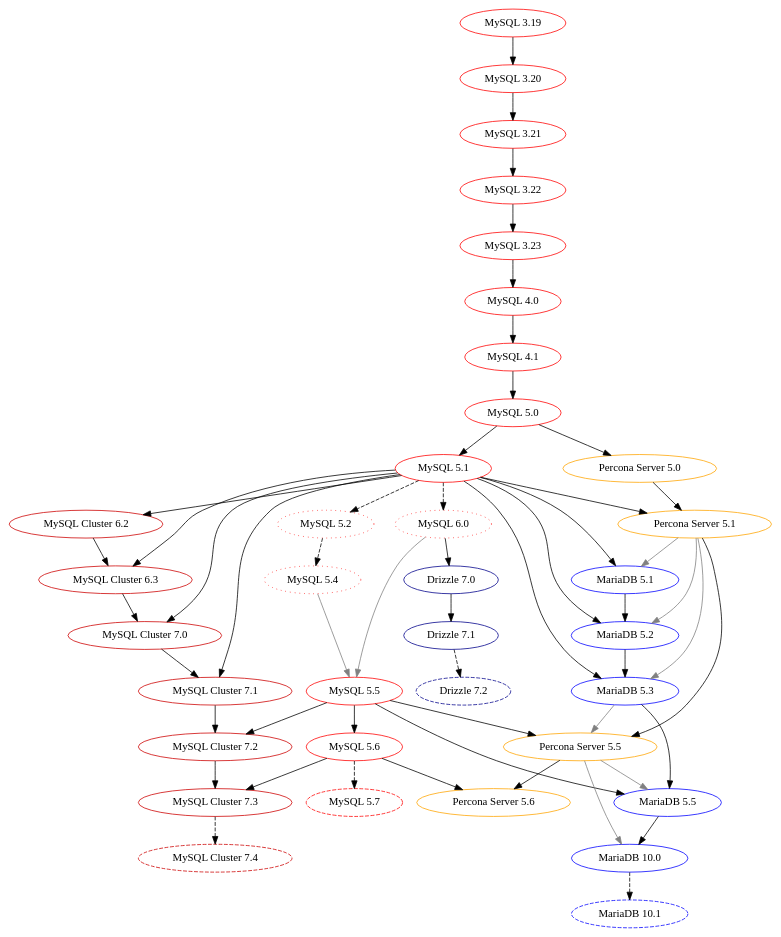
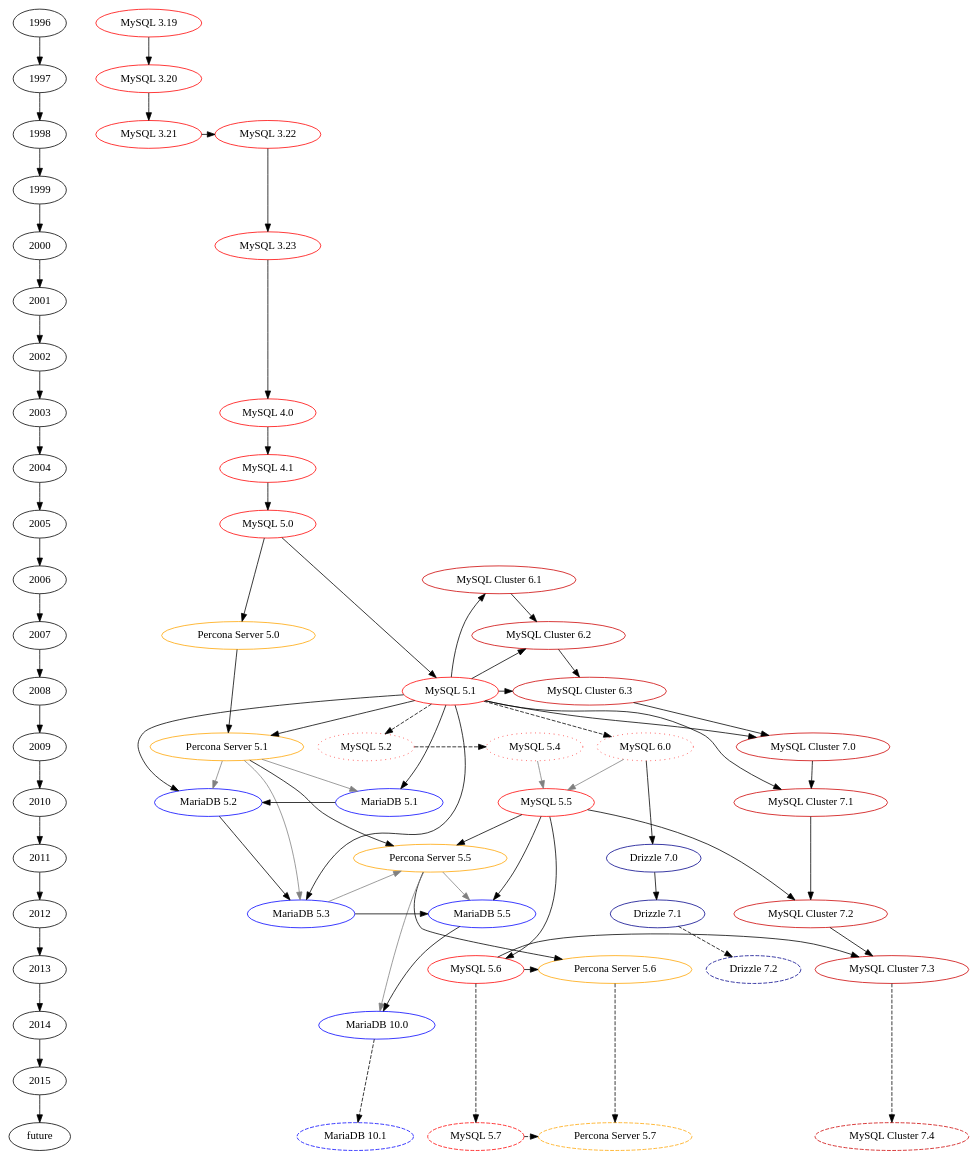
Before and after one commit to dveeden/mysql-history-graph: the diagram in mysql-history-graph.dot, drawn with Graphviz. The commit also changed 2 other files, not shown here.

Commit message:
Add timeline

```diff
--- a/mysql-history-graph.dot
+++ b/mysql-history-graph.dot
@@ -1,110 +1,168 @@
 digraph mysql_history_graph {
 	/* Standards:
 	   Non-GA: 		dashed
 	   Abandoned: 		dotted 
 	   Oracle MySQL: 	red
 	   MySQL Cluster: 	red3
 	   MariaDB: 		blue
 	   Drizzle: 		blue4
 	   Percona Server: 	orange
 	*/
+
+        "1996";
+        "1997";
+        "1998";
+        "1999";
+        "2000";
+        "2001";
+        "2002";
+        "2003";
+        "2004";
+        "2005";
+        "2006";
+        "2007";
+        "2008";
+        "2009";
+        "2010";
+        "2011";
+        "2012";
+        "2013";
+        "2014";
+        "2015";
+        "future";
+
+        "1996" -> "1997" -> "1998" -> "1999" -> "2000";
+        "2000" -> "2001" -> "2002" -> "2003" -> "2004" -> "2005";
+        "2005" -> "2006" -> "2007" -> "2008" -> "2009" -> "2010";
+        "2010" -> "2011" -> "2012" -> "2013" -> "2014" -> "2015";
+        "2015" -> "future";
+
+        /* The release date (GA date if possible) */
+        {rank=same; "1996" "MySQL 3.19" }
+        {rank=same; "1997" "MySQL 3.20" }
+        {rank=same; "1998" "MySQL 3.21" "MySQL 3.22" }
+        {rank=same; "1999" }
+        {rank=same; "2000" "MySQL 3.23" }
+        {rank=same; "2001" }
+        {rank=same; "2002" }
+        {rank=same; "2003" "MySQL 4.0" }
+        {rank=same; "2004" "MySQL 4.1" }
+        {rank=same; "2005" "MySQL 5.0" }
+        {rank=same; "2006" "MySQL Cluster 6.1" }
+        {rank=same; "2007" "MySQL Cluster 6.2" }
+        {rank=same; "2008" "MySQL 5.1" "MySQL Cluster 6.3" }
+        {rank=same; "2009" "MySQL 6.0" "MySQL 5.2" "MySQL 5.4" "Percona Server 5.1" "MySQL Cluster 7.0"}
+        {rank=same; "2010" "MySQL 5.5" "MySQL Cluster 7.1" "MariaDB 5.1" "MariaDB 5.2" }
+        {rank=same; "2011" "Percona Server 5.5" "Drizzle 7.0" }
+        {rank=same; "2012" "MySQL Cluster 7.2" "Drizzle 7.1" "MariaDB 5.3" "MariaDB 5.5" }
+        {rank=same; "2013" "MySQL 5.6" "Percona Server 5.6" "MySQL Cluster 7.3" "Drizzle 7.2" }
+        {rank=same; "2014" "MariaDB 10.0" }
+        {rank=same; "2015" }
+        {rank=same; "future" "MariaDB 10.1" "MySQL 5.7" "MySQL Cluster 7.4" "Percona Server 5.7" }
+        
 
 	/* MySQL/Sun/Oracle MySQL GA */
 	"MySQL 3.19" [color="red"];
 	"MySQL 3.20" [color="red"];
 	"MySQL 3.21" [color="red"];
 	"MySQL 3.22" [color="red"];
 	"MySQL 3.23" [color="red"];
 	"MySQL 4.0" [color="red"];
 	"MySQL 4.1" [color="red"];
 	"MySQL 5.0" [color="red"];
 	"MySQL 5.1" [color="red"];
 	"MySQL 5.5" [color="red"];
 	"MySQL 5.6" [color="red"];
 	"MySQL 3.19" -> "MySQL 3.20";
 	"MySQL 3.20" -> "MySQL 3.21";
 	"MySQL 3.21" -> "MySQL 3.22";
 	"MySQL 3.22" -> "MySQL 3.23";
 	"MySQL 3.23" -> "MySQL 4.0";
 	"MySQL 4.0" -> "MySQL 4.1";
 	"MySQL 4.1" -> "MySQL 5.0";
 	"MySQL 5.0" -> "MySQL 5.1";
 	"MySQL 5.5" -> "MySQL 5.6";
 	"MySQL 5.4" -> "MySQL 5.5" [color="grey"]; // InnoDB Scalability
 	"MySQL 6.0" -> "MySQL 5.5" [color="grey"]; // Optimizer improvements
 
 	/* MySQL/Sun/Oracle non-GA */	
 	"MySQL 5.2" [color="red",style="dotted"];
 	"MySQL 5.4" [color="red",style="dotted"];
 	"MySQL 5.7" [color="red",style="dashed"];
 	"MySQL 6.0" [color="red",style="dotted"];
 	"MySQL 5.1" -> "MySQL 5.2" [style="dashed"];
 	"MySQL 5.1" -> "MySQL 6.0" [style="dashed"];
 	"MySQL 5.2" -> "MySQL 5.4" [style="dashed"];
 	"MySQL 5.6" -> "MySQL 5.7" [style="dashed"];
 
 	/* MySQL Cluster (NDB) */
+	"MySQL Cluster 6.1" [color="red3"]
 	"MySQL Cluster 6.2" [color="red3"]
 	"MySQL Cluster 6.3" [color="red3"]
 	"MySQL Cluster 7.0" [color="red3"]
 	"MySQL Cluster 7.1" [color="red3"]
 	"MySQL Cluster 7.2" [color="red3"]
 	"MySQL Cluster 7.3"  [color="red3"]
 	"MySQL Cluster 7.4"  [color="red3", style="dashed"]
+	"MySQL 5.1" -> "MySQL Cluster 6.1";
+	"MySQL Cluster 6.1" -> "MySQL Cluster 6.2";
 	"MySQL 5.1" -> "MySQL Cluster 6.2";
 	"MySQL 5.1" -> "MySQL Cluster 6.3";
 	"MySQL Cluster 6.2" -> "MySQL Cluster 6.3";
 	"MySQL 5.1" -> "MySQL Cluster 7.0";
 	"MySQL Cluster 6.3" -> "MySQL Cluster 7.0";
 	"MySQL 5.1" -> "MySQL Cluster 7.1";
 	"MySQL Cluster 7.0" -> "MySQL Cluster 7.1";
 	"MySQL 5.5" -> "MySQL Cluster 7.2";
 	"MySQL Cluster 7.1" -> "MySQL Cluster 7.2";
 	"MySQL 5.6" -> "MySQL Cluster 7.3";
 	"MySQL Cluster 7.2" -> "MySQL Cluster 7.3";
 	"MySQL Cluster 7.3" -> "MySQL Cluster 7.4" [style="dashed"];
 
 	/* MariaDB */
 	"MariaDB 5.1" [color="blue"];
 	"MariaDB 5.2" [color="blue"];
 	"MariaDB 5.3" [color="blue"];
 	"MariaDB 5.5" [color="blue"];
 	"MariaDB 10.0" [color="blue"];
 	"MariaDB 10.1" [color="blue",style="dashed"];
 	"MySQL 5.1" -> "MariaDB 5.1";
 	"Percona Server 5.1" -> "MariaDB 5.1" [color="grey"]; // XtraDB
 	"MySQL 5.1" -> "MariaDB 5.2";
 	"MariaDB 5.1" -> "MariaDB 5.2";
 	"Percona Server 5.1" -> "MariaDB 5.2" [color="grey"]; // XtraDB
 	"MySQL 5.1" -> "MariaDB 5.3";
 	"MariaDB 5.2" -> "MariaDB 5.3";
 	"Percona Server 5.1" -> "MariaDB 5.3" [color="grey"]; // XtraDB
 	"MySQL 5.5" -> "MariaDB 5.5";
 	"MariaDB 5.3" -> "MariaDB 5.5";
 	"Percona Server 5.5" -> "MariaDB 5.5" [color="grey"]; // XtraDB
 	"MariaDB 5.5" -> "MariaDB 10.0";
 	"Percona Server 5.5" -> "MariaDB 10.0" [color="grey"]; // XtraDB
 	"MariaDB 10.0" -> "MariaDB 10.1" [style="dashed"];
 
 	/* Percona Server */
 	"Percona Server 5.0" [color="orange"];
 	"Percona Server 5.1" [color="orange"];
 	"Percona Server 5.5" [color="orange"];
 	"Percona Server 5.6" [color="orange"];
+	"Percona Server 5.7" [color="orange", style="dashed"];
 	"MySQL 5.0" -> "Percona Server 5.0";
 	"MySQL 5.1" -> "Percona Server 5.1";
 	"Percona Server 5.0" -> "Percona Server 5.1";
 	"MySQL 5.5" -> "Percona Server 5.5";
 	"Percona Server 5.1" -> "Percona Server 5.5";
 	"MariaDB 5.3" -> "Percona Server 5.5" [color="grey"]; // group commit
 	"MySQL 5.6" -> "Percona Server 5.6";
 	"Percona Server 5.5" -> "Percona Server 5.6";
+	"MySQL 5.7" -> "Percona Server 5.7" [style="dashed"];
+	"Percona Server 5.6" -> "Percona Server 5.7" [style="dashed"];
 
 	/* Drizzle */
 	"Drizzle 7.0" [color="blue4"];
 	"Drizzle 7.1" [color="blue4"];
 	"Drizzle 7.2" [color="blue4", style="dashed"];
 	"MySQL 6.0" -> "Drizzle 7.0";
 	"Drizzle 7.0" -> "Drizzle 7.1";
 	"Drizzle 7.1" -> "Drizzle 7.2" [style="dashed"];
 }
```
